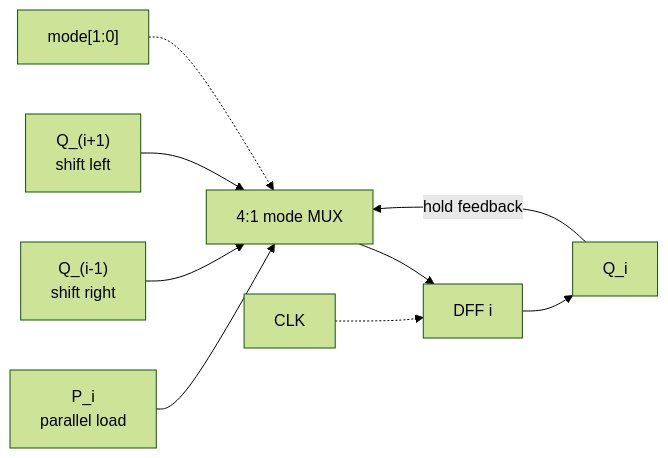
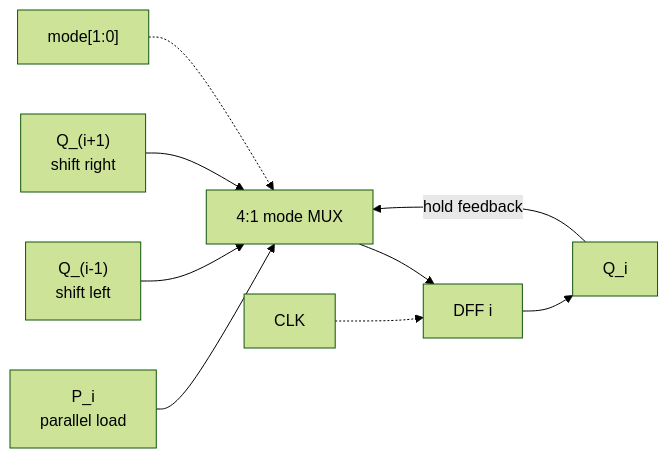
One commit to Wty2003328/silicon-design-notebook changed diagram 20 of 31 in 00_Fundamentals/02_Logic_Building_Blocks.md. Above: the diagram before and after it, drawn with Mermaid (forest theme). The commit also changed other lines of this file and 50 other files, not shown here.

First line of the commit message:
Add DRAM scheduling and hands-on DRAMSim; audit every equation and figure

````diff
--- a/00_Fundamentals/02_Logic_Building_Blocks.md
+++ b/00_Fundamentals/02_Logic_Building_Blocks.md
@@ -1111,10 +1111,10 @@
 ```mermaid
 flowchart LR
   P["P_i<br/>parallel load"] --> MUX["4:1 mode MUX"]
-  QL["Q_(i-1)<br/>shift right"] --> MUX
-  QR["Q_(i+1)<br/>shift left"] --> MUX
+  QL["Q_(i-1)<br/>shift left"] --> MUX
+  QR["Q_(i+1)<br/>shift right"] --> MUX
   MUX --> FF["DFF i"] --> Qi["Q_i"]
   Qi -->|hold feedback| MUX
   MODE["mode[1:0]"] -.-> MUX
   CLK["CLK"] -.-> FF
 ```
````
